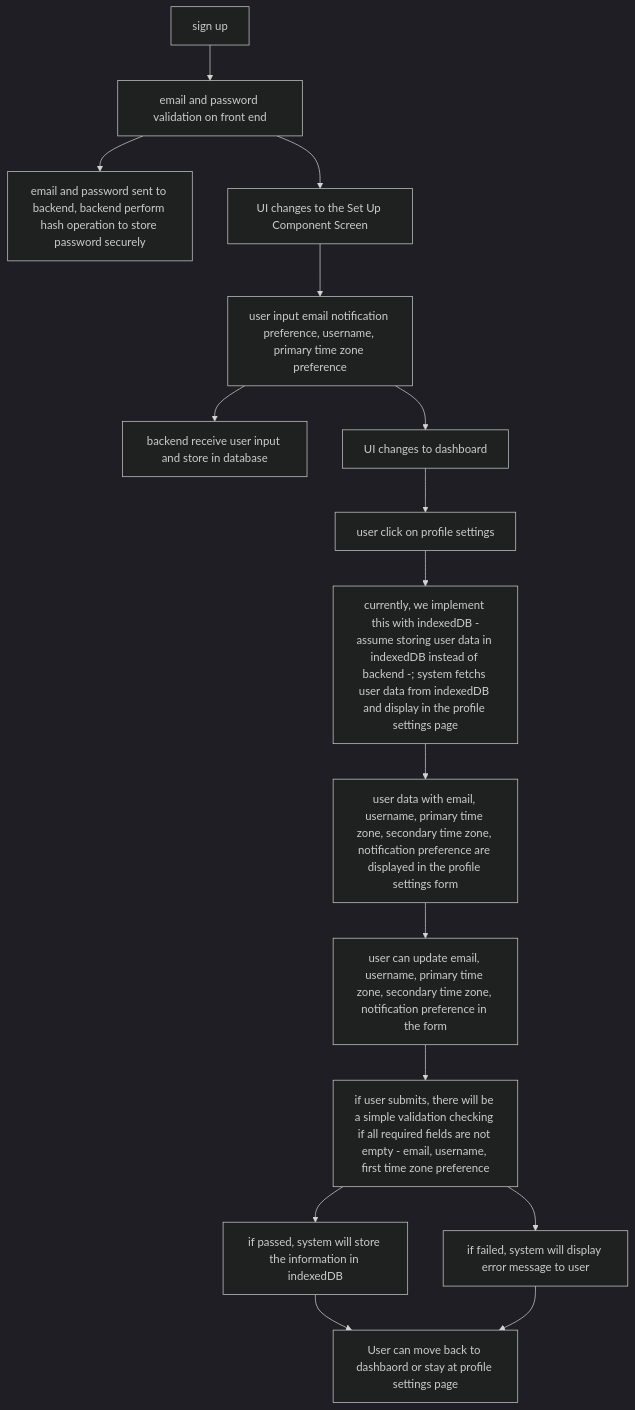
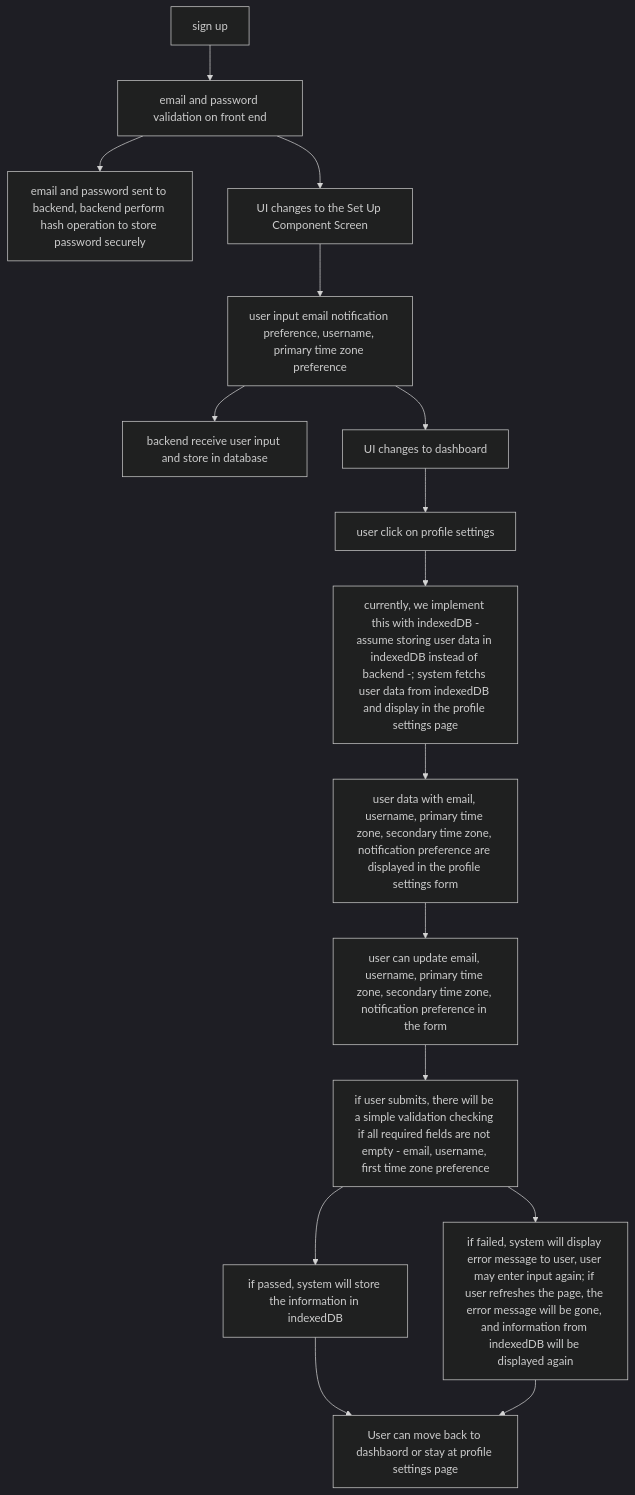
One commit to alishasrivas/Coordin8 changed the diagram in team/m3/tan-le/feature-sequence-diagram.md. Above: the diagram before and after it, drawn with Mermaid (dark theme). The commit also changed 1 other file, not shown here.

Commit message:
Complete m3.md

````diff
--- a/team/m3/tan-le/feature-sequence-diagram.md
+++ b/team/m3/tan-le/feature-sequence-diagram.md
@@ -7,20 +7,20 @@
 ```mermaid
 graph TD;
     A[sign up] --> B[email and password validation on front end];
     B --> C[email and password sent to backend, backend perform hash operation to store password securely]
     B --> D[UI changes to the Set Up Component Screen]
     D --> E[user input email notification preference, username, primary time zone preference]
     E --> F[backend receive user input and store in database]
     E --> G[UI changes to dashboard]
     G --> H[user click on profile settings]
     H --> I[currently, we implement this with indexedDB -assume storing user data in indexedDB instead of backend -; system fetchs user data from indexedDB and display in the profile settings page]
     I --> J[user data with email, username, primary time zone, secondary time zone, notification preference are displayed in the profile settings form]
     J --> K[user can update email, username, primary time zone, secondary time zone, notification preference in the form]
     K --> L[if user submits, there will be a simple validation checking if all required fields are not empty - email, username, first time zone preference ]
     L --> M[if passed, system will store the information in indexedDB]
-    L --> N[if failed, system will display error message to user]
+    L --> N[if failed, system will display error message to user, user may enter input again; if user refreshes the page, the error message will be gone, and information from indexedDB will be displayed again]
     M --> O[User can move back to dashbaord or stay at profile settings page]
     N --> O
 
 
 ```
````
